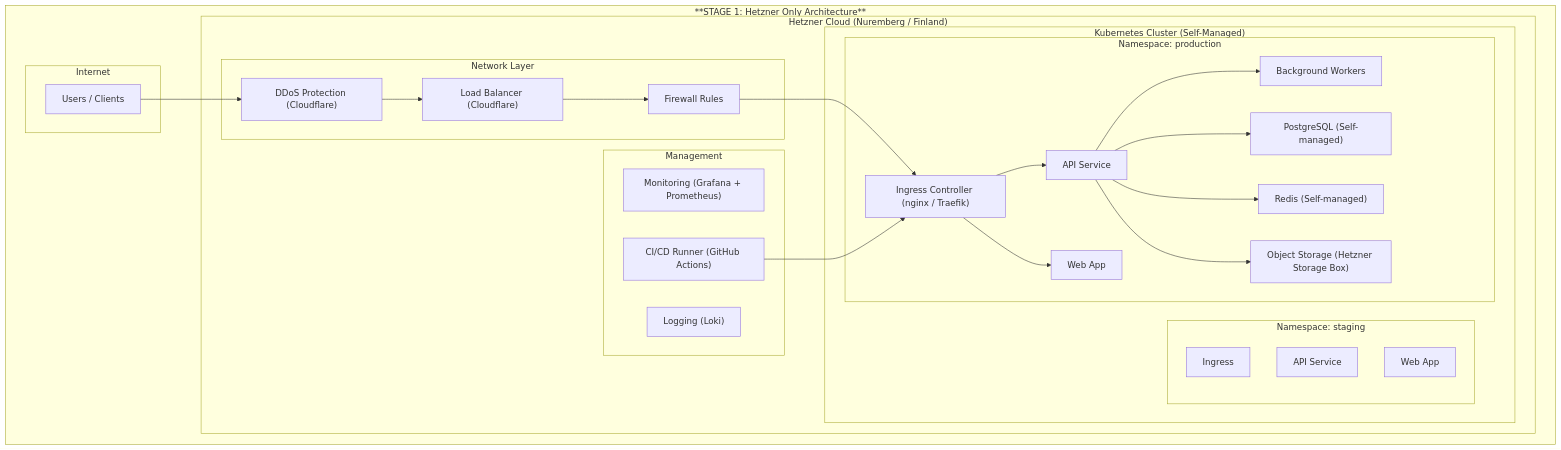
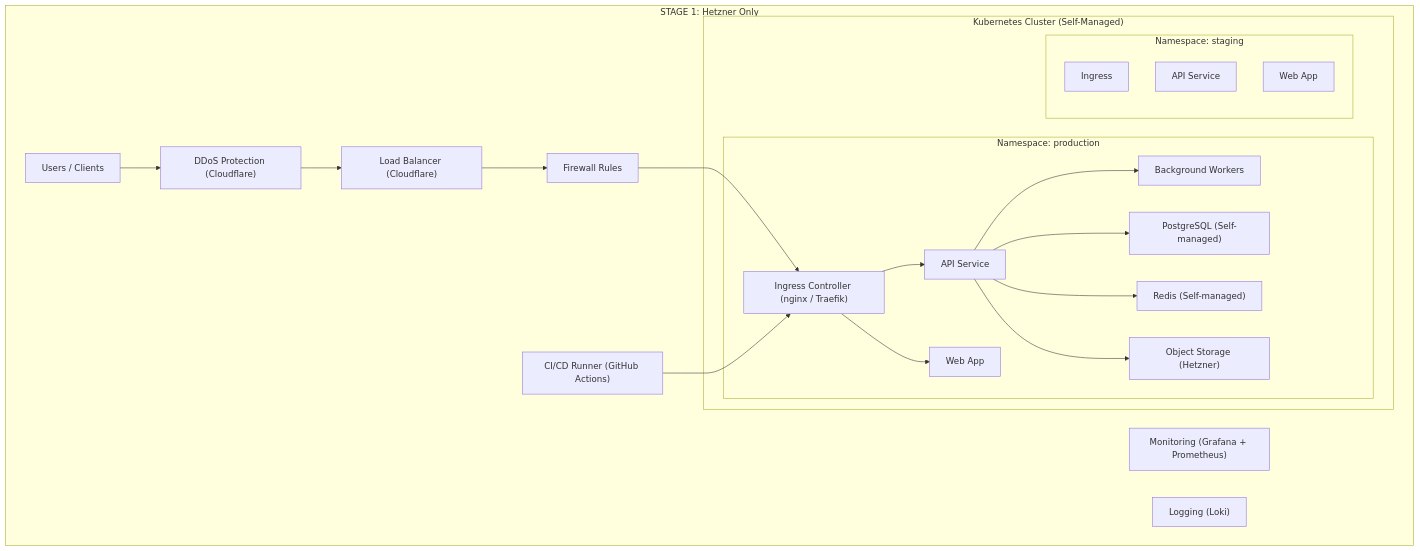
The second of 10 diagrams in README.md (DurianLAB/hetzner-to-eks), drawn with Mermaid before and after one commit. The commit also changed other lines of this file, not shown here.

````diff
--- a/README.md
+++ b/README.md
@@ -94,52 +84,38 @@
 ```mermaid
 flowchart TB
-    subgraph STAGE1["**STAGE 1: Hetzner Only Architecture**"]
-        subgraph ST1_INTERNET["Internet"]
-            USERS1["Users / Clients"]
-        end
+    subgraph STAGE1["STAGE 1: Hetzner Only"]
+        USERS1["Users / Clients"] --> DDOS1
+        DDOS1["DDoS Protection (Cloudflare)"] --> LB1
+        LB1["Load Balancer (Cloudflare)"] --> FW1
+        FW1["Firewall Rules"] --> ING1
 
-        subgraph ST1_HETZNER["Hetzner Cloud (Nuremberg / Finland)"]
-            subgraph ST1_NET["Network Layer"]
-                LB1["Load Balancer (Cloudflare)"]
-                FW1["Firewall Rules"]
-                DDOS1["DDoS Protection (Cloudflare)"]
+        ING1["Ingress Controller (nginx / Traefik)"] --> API1
+        ING1 --> WEB1["Web App"]
+
+        API1["API Service"] --> WORKER1["Background Workers"]
+        API1 --> DB1["PostgreSQL (Self-managed)"]
+        API1 --> CACHE1["Redis (Self-managed)"]
+        API1 --> OBJ1["Object Storage (Hetzner)"]
+
+        subgraph K8S["Kubernetes Cluster (Self-Managed)"]
+            subgraph NS1["Namespace: production"]
+                ING1
+                API1
+                WEB1
+                WORKER1
+                DB1
+                CACHE1
+                OBJ1
             end
-
-            subgraph ST1_K8S["Kubernetes Cluster (Self-Managed)"]
-                subgraph ST1_NS1["Namespace: production"]
-                    ING1["Ingress Controller (nginx / Traefik)"]
-                    API1["API Service"]
-                    WEB1["Web App"]
-                    WORKER1["Background Workers"]
-                    DB1["PostgreSQL (Self-managed)"]
-                    CACHE1["Redis (Self-managed)"]
-                    OBJ1["Object Storage (Hetzner Storage Box)"]
-                end
-
-                subgraph ST1_NS2["Namespace: staging"]
-                    ING1B["Ingress"]
-                    API1B["API Service"]
-                    WEB1B["Web App"]
-                end
-            end
-
-            subgraph ST1_MGMT["Management"]
-                MON1["Monitoring (Grafana + Prometheus)"]
-                LOGS1["Logging (Loki)"]
-                CI1["CI/CD Runner (GitHub Actions)"]
+            subgraph NS2["Namespace: staging"]
+                ING1B["Ingress"]
+                API1B["API Service"]
+                WEB1B["Web App"]
             end
         end
 
-        USERS1 --> DDOS1
-        DDOS1 --> LB1
-        LB1 --> FW1
-        FW1 --> ING1
-        ING1 --> API1
-        ING1 --> WEB1
-        API1 --> WORKER1
-        API1 --> DB1
-        API1 --> CACHE1
-        API1 --> OBJ1
-        CI1 --> ING1
+        CI1["CI/CD Runner (GitHub Actions)"] --> ING1
+        MON1["Monitoring (Grafana + Prometheus)"]
+        LOGS1["Logging (Loki)"]
     end
 ```
````
